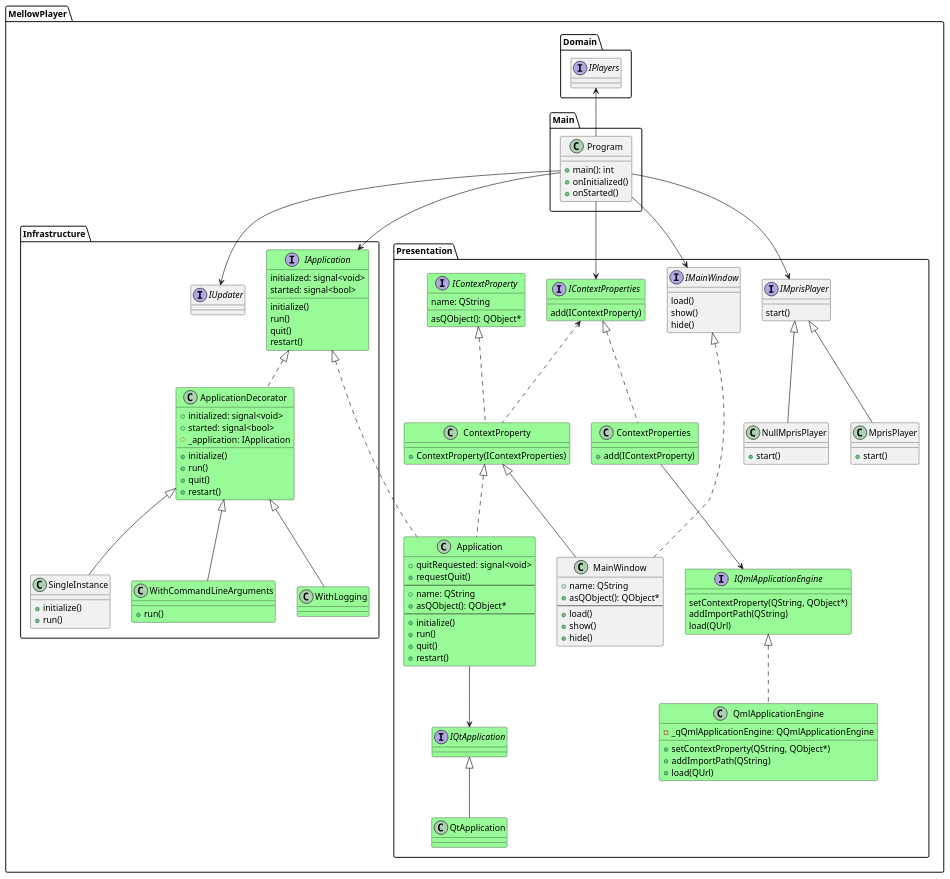
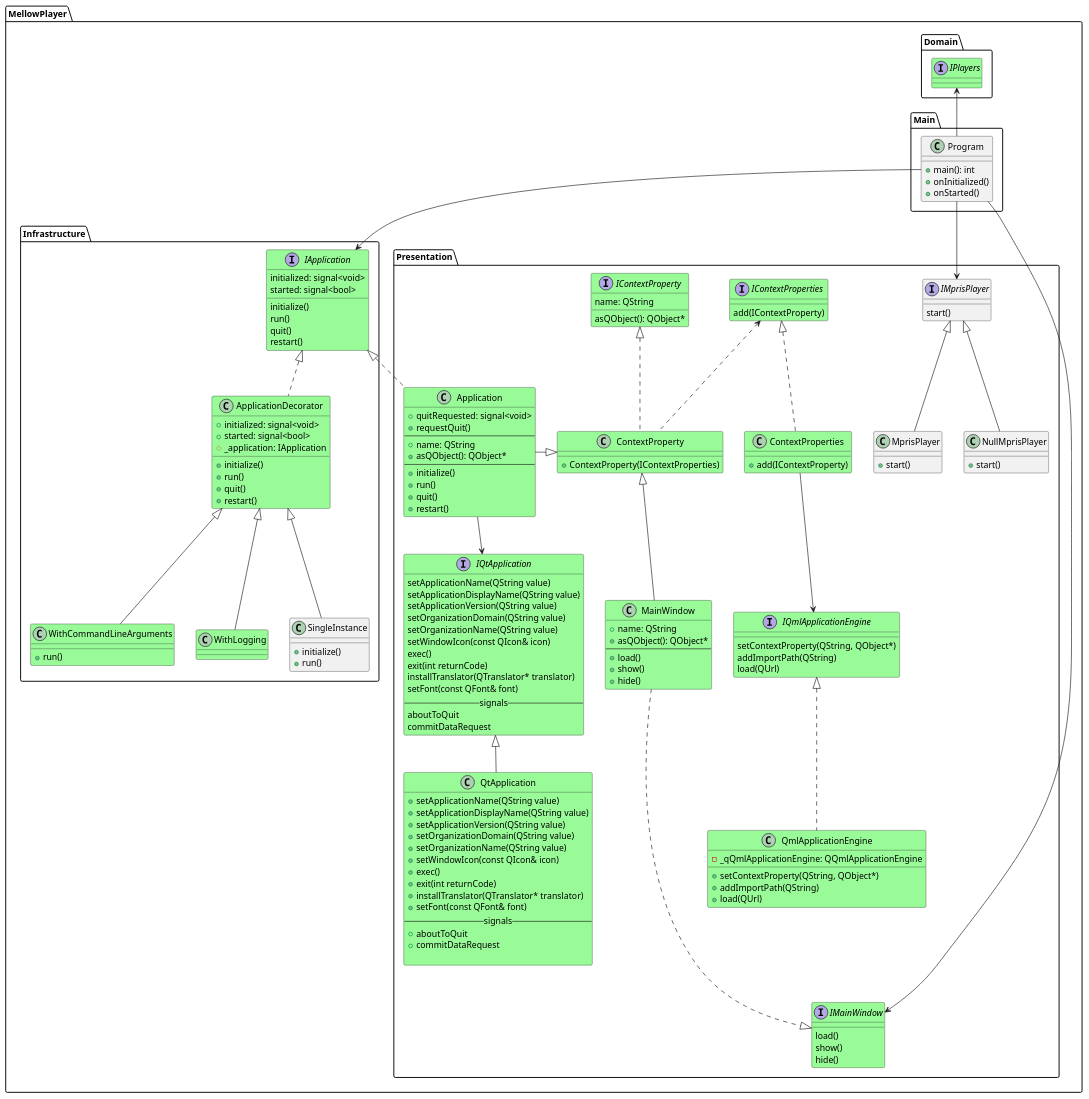
The diagram in docs/developers/PlantUml/Application.puml (ColinDuquesnoy/MellowPlayer), drawn with PlantUML before and after one commit. The commit also changed 4 other files, not shown here.

Commit message:
MainWindow new design

```diff
--- a/docs/developers/PlantUml/Application.puml
+++ b/docs/developers/PlantUml/Application.puml
@@ -8,20 +8,16 @@
 
     }
     Program --> MellowPlayer.Infrastructure.IApplication
-    Program --> MellowPlayer.Presentation.IContextProperties
     Program --> MellowPlayer.Presentation.IMainWindow
     Program --> MellowPlayer.Presentation.IMprisPlayer
     Program -up-> MellowPlayer.Domain.IPlayers
-    Program --> MellowPlayer.Infrastructure.IUpdater
 }
 
 namespace MellowPlayer.Domain {
-    interface IPlayers
+    interface IPlayers #PaleGreen
 }
 
 namespace MellowPlayer.Infrastructure {
-    interface IUpdater
-
     interface IApplication #PaleGreen {
         initialized: signal<void>
         started: signal<bool>
@@ -62,8 +58,34 @@
 
 namespace MellowPlayer.Presentation {
     interface IQtApplication #PaleGreen {
+        setApplicationName(QString value)
+        setApplicationDisplayName(QString value)
+        setApplicationVersion(QString value)
+        setOrganizationDomain(QString value)
+        setOrganizationName(QString value)
+        setWindowIcon(const QIcon& icon)
+        exec()
+        exit(int returnCode)
+        installTranslator(QTranslator* translator)
+        setFont(const QFont& font)
+        --signals--
+        aboutToQuit
+        commitDataRequest
     }
     class QtApplication #PaleGreen {
+        + setApplicationName(QString value)
+        + setApplicationDisplayName(QString value)
+        + setApplicationVersion(QString value)
+        + setOrganizationDomain(QString value)
+        + setOrganizationName(QString value)
+        + setWindowIcon(const QIcon& icon)
+        + exec()
+        + exit(int returnCode)
+        + installTranslator(QTranslator* translator)
+        + setFont(const QFont& font)
+        --signals--
+        + aboutToQuit
+        + commitDataRequest
 
     }
     IQtApplication <|-- QtApplication
@@ -80,7 +102,7 @@
         + restart()
     }
     MellowPlayer.Infrastructure.IApplication <|.. Application
-    ContextProperty <|.. Application
+    ContextProperty <|- Application
     Application -down-> IQtApplication
 
     interface IQmlApplicationEngine #PaleGreen {
@@ -117,13 +139,13 @@
     IContextProperties <|.. ContextProperties
     ContextProperties --> IQmlApplicationEngine
 
-    interface IMainWindow {
+    interface IMainWindow #PaleGreen {
         load()
         show()
         hide()
     }
 
-    class MainWindow {
+    class MainWindow #PaleGreen {
         + name: QString
         + asQObject(): QObject*
         --
@@ -131,7 +153,7 @@
         + show()
         + hide()
     }
-    IMainWindow <|... MainWindow
+    IMainWindow <|.up.. MainWindow
     ContextProperty <|-- MainWindow
 
     interface IMprisPlayer {
@@ -150,15 +172,36 @@
 
 
 'note bottom
+'Refactoring steps:
 '
-'int main(argc, argv) {
-'    QApplication qtApp(argc, argv); // bound by instance in injector
-'    // dependency injector setup
-'    ...
-'    auto applicationFactory = injector.create<IApplicationFactory>();
-'    auto app = applicationFactory.create();
-'    return app->run();
-'}
+'- [ ] implement new classes
+'    - [x] IApplication
+'    - [x] ApplicationDecorator
+'    - [x] WithLogging
+'    - [x] WithCommandLineArguments
+'    - [x] Application
+'    - [x] IContextProperties
+'    - [x] ContextProperties
+'    - [x] IContextProperty
+'    - [x] ContextProperty
+'    - [x] IQtApplication
+'    - [x] QtApplication
+'    - [x] IMainWindow
+'    - [x] MainWindow
+'    - [x] IQmlApplicationEngine
+'    - [x] QmlApplicationEngine
+'    - [ ] SingleInstance
+'
+'- [ ] Copy some classes from infrastructure to presentation (and rename old one with a Deprecated prefix) and make them use IMainWindow instead of IDeprecatedMainWindow
+'    - [ ] Hotkeys
+'    - [ ] Mpris
+'
+'- [ ] bind IContextProperties and use them in all existing context properties, remove registration in MainWindowViewModel
+'- [ ] bind IApplication to a fully decorated instance
+'- [ ] Create Program class and use it in main
+'- [ ] Delete all deprecated classes, the application should now work as before but with a brand new internal design :-)
+'- [ ] Improve SingleInstance to fix some issues appearing sometime on linux (initial issue that motivated this refactoring)
+'
 '
 'end note
 
```
